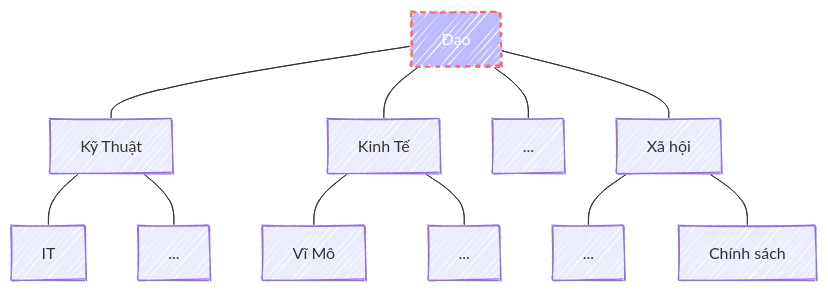
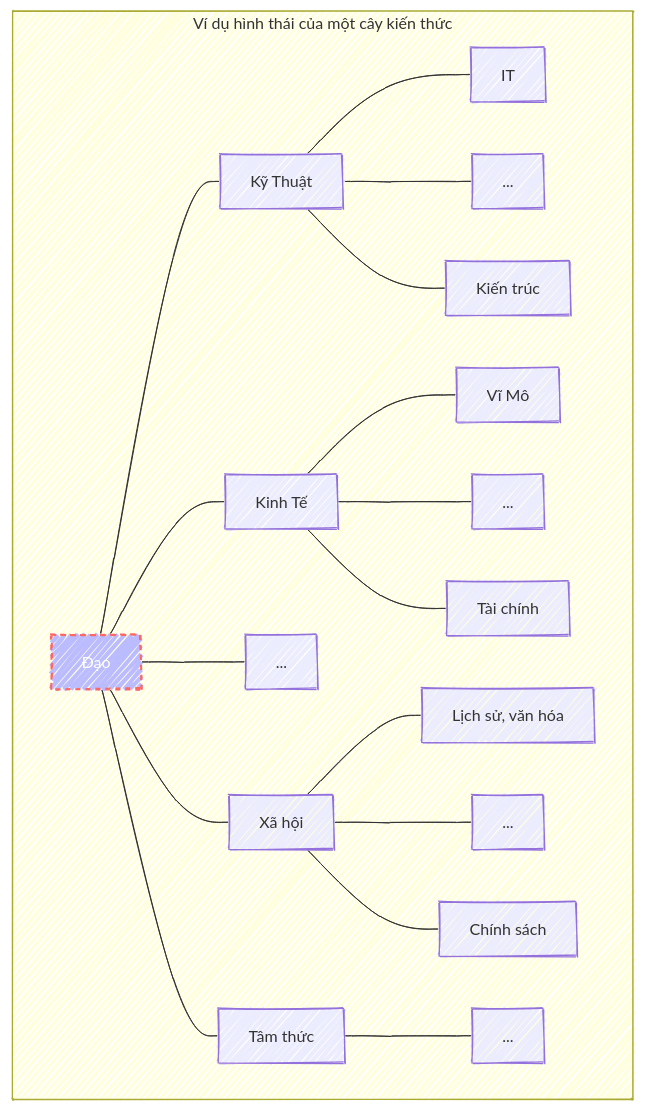
The third of 3 diagrams in _posts/2024-06-20-cay-kien-thuc.md (laiduyha/wei-he), drawn with Mermaid before and after one commit. The commit also changed other lines of this file, not shown here.

Commit message:
cây kiến thức v1

````diff
--- a/_posts/2024-06-20-cay-kien-thuc.md
+++ b/_posts/2024-06-20-cay-kien-thuc.md
@@ -136,23 +141,31 @@
 ```mermaid
 ---
 config:
   look: handDrawn
 ---
 
 flowchart
-  d[Đạo] --- kt[Kỹ Thuật]
-  kt[Kỹ Thuật] --- it[IT]
-  kt[Kỹ Thuật] --- kt1[...]
+  subgraph 1[Ví dụ hình thái của một cây kiến thức]
+    d[Đạo] --- kt[Kỹ Thuật]
+    kt[Kỹ Thuật] --- it[IT]
+    kt[Kỹ Thuật] --- kt1[...]
+    kt[Kỹ Thuật] --- ktruc[Kiến trúc]
 
-  d[Đạo] --- kte[Kinh Tế]
-  kte[Kinh Tế] --- macro[Vĩ Mô]
-  kte[Kinh Tế] --- kte1[...]
+    d[Đạo] --- kte[Kinh Tế]
+    kte[Kinh Tế] --- macro[Vĩ Mô]
+    kte[Kinh Tế] --- kte1[...]
+    kte[Kinh Tế] --- finance[Tài chính]
 
-  d[Đạo] --- d1[...]
+    d[Đạo] --- d1[...]
 
-  d[Đạo] --- xh[Xã hội]
-  xh[Xã hội] --- xh1[...]
-  xh[Xã hội] --- cs[Chính sách]
+    d[Đạo] --- xh[Xã hội]
+    xh[Xã hội] --- ds[Lịch sử, văn hóa]
+    xh[Xã hội] --- xh1[...]
+    xh[Xã hội] --- cs[Chính sách]
 
-  style d fill:#bbf,stroke:#f66,stroke-width:2px,color:#fff,stroke-dasharray: 5 5
+    d[Đạo] --- tt[Tâm thức]
+    tt[Tâm thức] --- tt1[...]
+
+    style d fill:#bbf,stroke:#f66,stroke-width:2px,color:#fff,stroke-dasharray: 5 5
+  end
 ```
````
